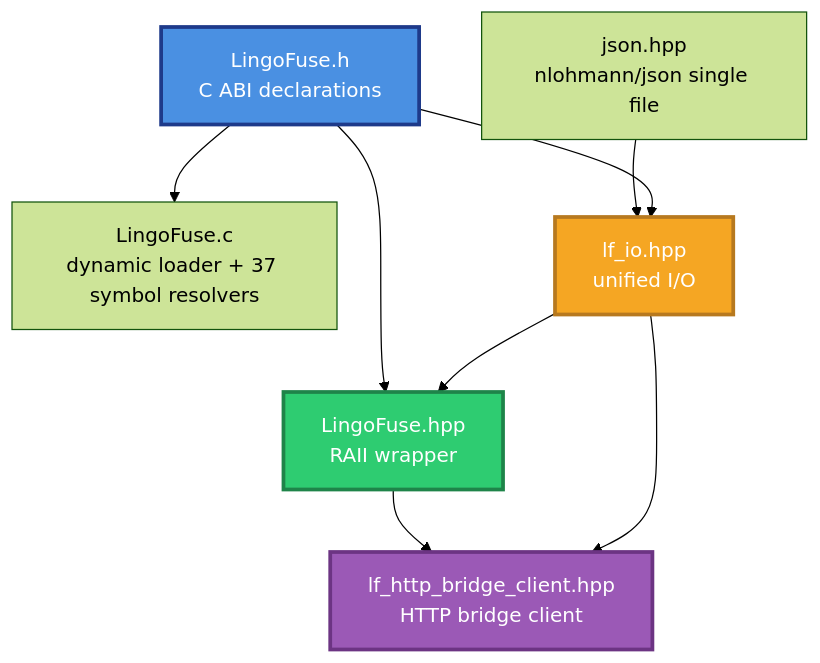
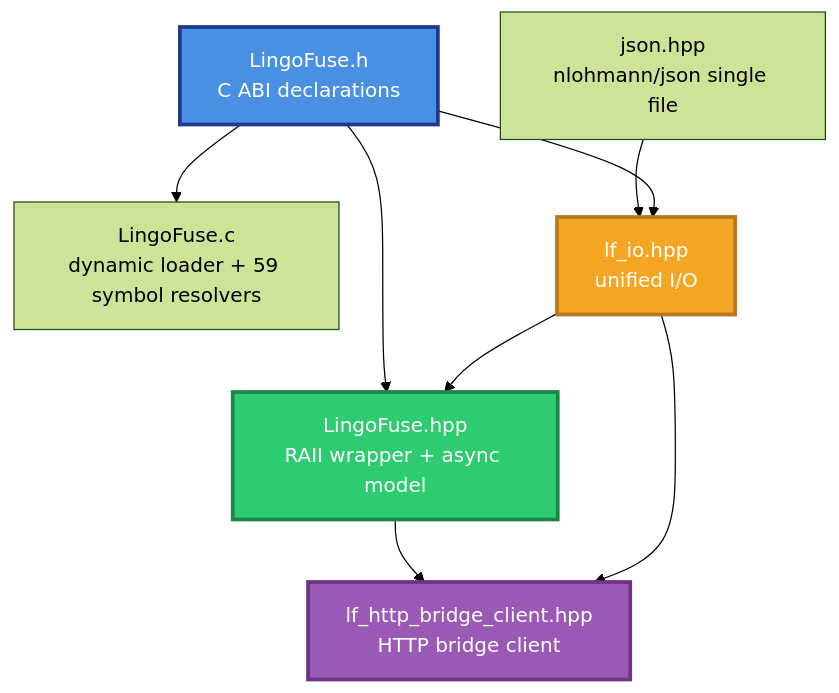
The first of 26 diagrams in cpp/LingoFuse_Cpp_Knowledge_Base.md (PassByYou888/LingoFuse), drawn with Mermaid (forest theme) before and after one commit. The commit also changed other lines of this file and 78 other files, not shown here.

````diff
--- a/cpp/LingoFuse_Cpp_Knowledge_Base.md
+++ b/cpp/LingoFuse_Cpp_Knowledge_Base.md
@@ -62,22 +66,22 @@
 ```mermaid
 flowchart TB
     JSON["json.hpp<br/>nlohmann/json single file"]
     H["LingoFuse.h<br/>C ABI declarations"]
-    C["LingoFuse.c<br/>dynamic loader + 37 symbol resolvers"]
+    C["LingoFuse.c<br/>dynamic loader + 59 symbol resolvers"]
     IO["lf_io.hpp<br/>unified I/O"]
-    HPP["LingoFuse.hpp<br/>RAII wrapper"]
+    HPP["LingoFuse.hpp<br/>RAII wrapper + async model"]
     BRIDGE["lf_http_bridge_client.hpp<br/>HTTP bridge client"]
 
     JSON --> IO
     H --> IO
     H --> HPP
     IO --> HPP
     H --> C
     HPP --> BRIDGE
     IO --> BRIDGE
 
     style H fill:#4A90E2,stroke:#1E3A8A,stroke-width:3px,color:#FFFFFF
     style IO fill:#F5A623,stroke:#B7791F,stroke-width:3px,color:#FFFFFF
     style HPP fill:#2ECC71,stroke:#1E8449,stroke-width:3px,color:#FFFFFF
     style BRIDGE fill:#9B59B6,stroke:#6C3483,stroke-width:3px,color:#FFFFFF
 ```
````
